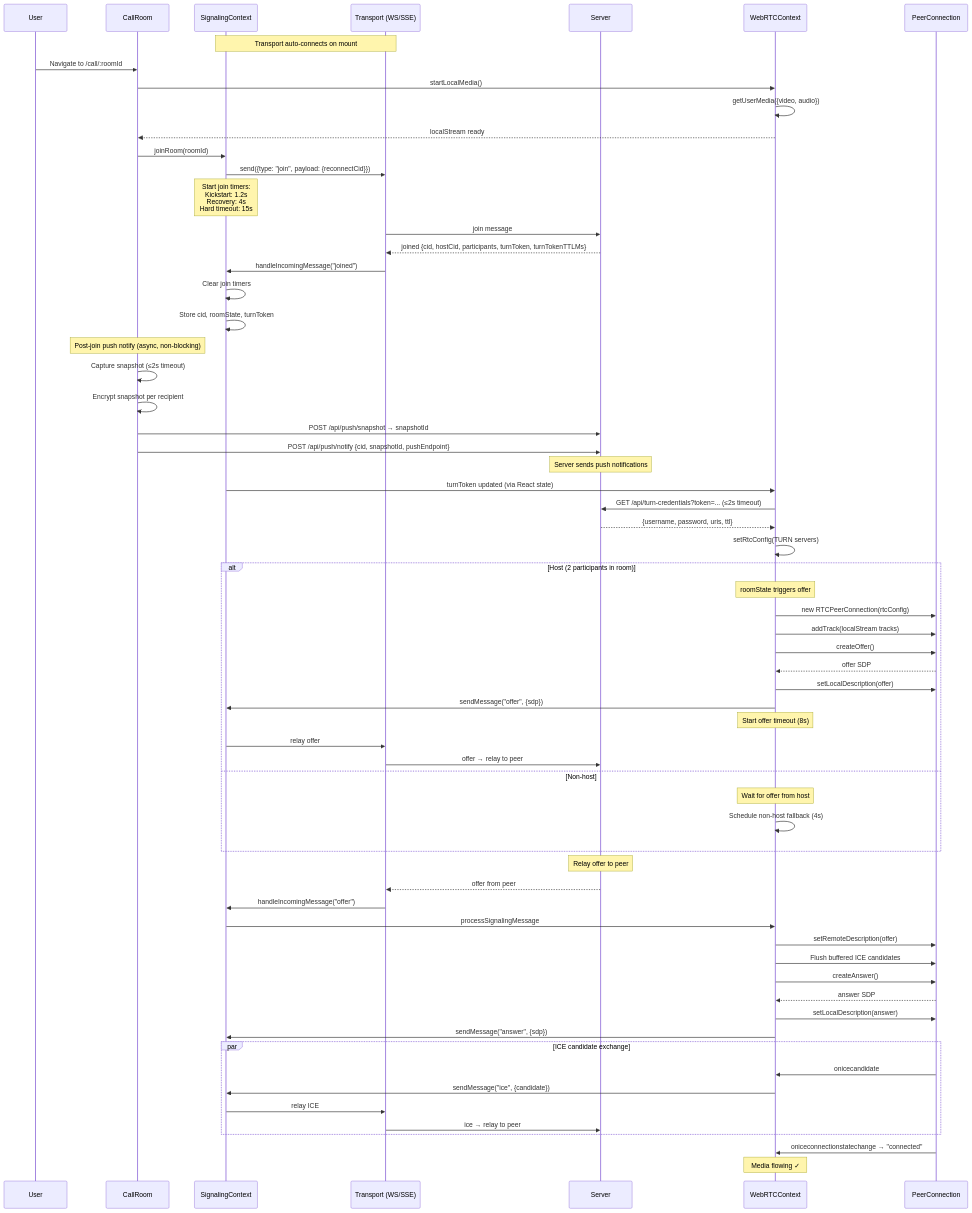
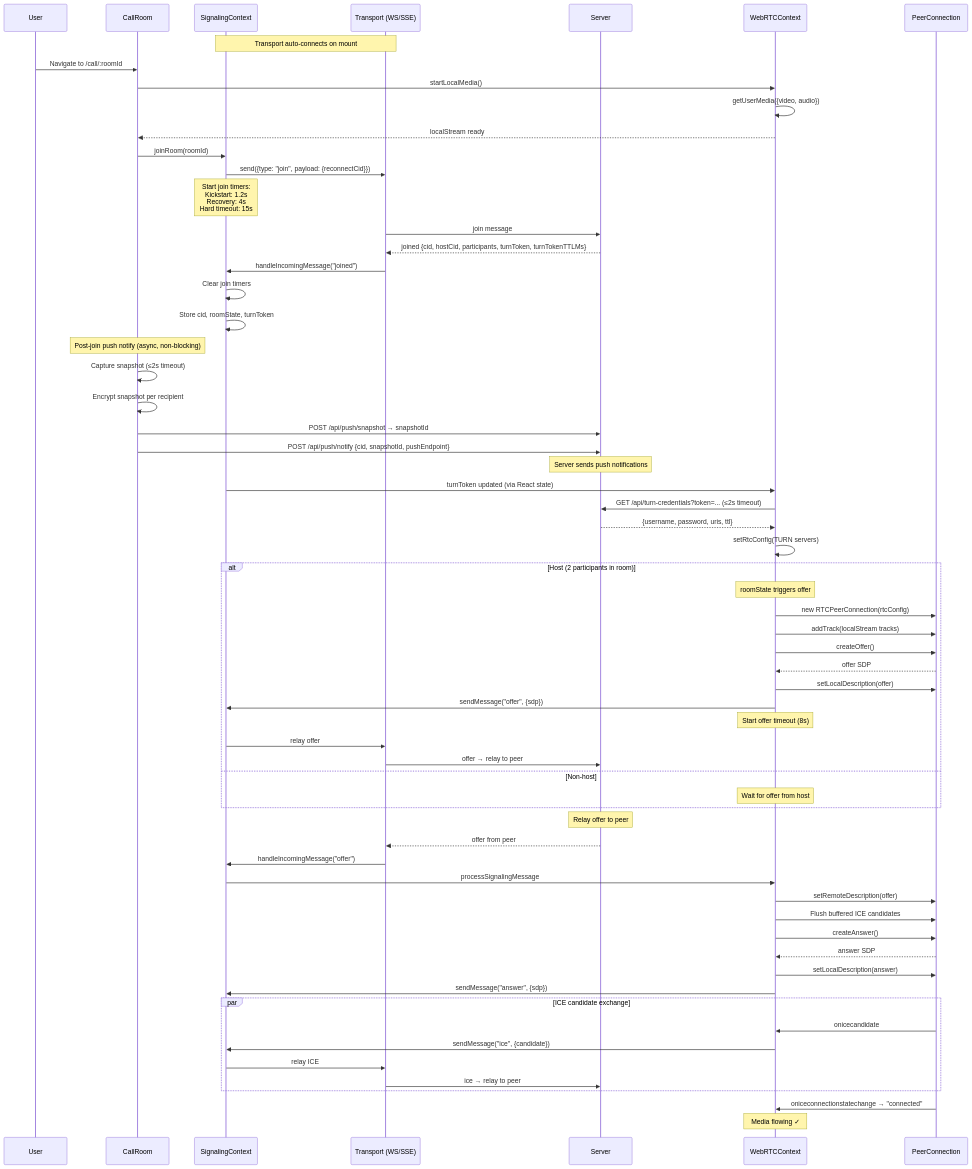
One commit to 942v-zello/serenada changed the second of 8 diagrams in docs/CALL_FLOW_DIAGRAMS.md. Above: the diagram before and after it, drawn with Mermaid. The commit also changed other lines of this file and 91 other files, not shown here.

````diff
--- a/docs/CALL_FLOW_DIAGRAMS.md
+++ b/docs/CALL_FLOW_DIAGRAMS.md
@@ -102,78 +100,77 @@
 ```mermaid
 sequenceDiagram
     participant U as User
     participant CR as CallRoom
     participant SC as SignalingContext
     participant T as Transport (WS/SSE)
     participant S as Server
     participant WC as WebRTCContext
     participant PC as PeerConnection
 
     Note over SC,T: Transport auto-connects on mount
 
     U->>CR: Navigate to /call/:roomId
     CR->>WC: startLocalMedia()
     WC->>WC: getUserMedia({video, audio})
     WC-->>CR: localStream ready
 
     CR->>SC: joinRoom(roomId)
     SC->>T: send({type: "join", payload: {reconnectCid}})
 
     Note over SC: Start join timers:<br/>Kickstart: 1.2s<br/>Recovery: 4s<br/>Hard timeout: 15s
 
     T->>S: join message
     S-->>T: joined {cid, hostCid, participants, turnToken, turnTokenTTLMs}
     T->>SC: handleIncomingMessage("joined")
     SC->>SC: Clear join timers
     SC->>SC: Store cid, roomState, turnToken
 
     Note over CR: Post-join push notify (async, non-blocking)
     CR->>CR: Capture snapshot (≤2s timeout)
     CR->>CR: Encrypt snapshot per recipient
     CR->>S: POST /api/push/snapshot → snapshotId
     CR->>S: POST /api/push/notify {cid, snapshotId, pushEndpoint}
     Note over S: Server sends push notifications
 
     SC->>WC: turnToken updated (via React state)
     WC->>S: GET /api/turn-credentials?token=... (≤2s timeout)
     S-->>WC: {username, password, uris, ttl}
     WC->>WC: setRtcConfig(TURN servers)
 
     alt Host (2 participants in room)
         Note over WC: roomState triggers offer
         WC->>PC: new RTCPeerConnection(rtcConfig)
         WC->>PC: addTrack(localStream tracks)
         WC->>PC: createOffer()
         PC-->>WC: offer SDP
         WC->>PC: setLocalDescription(offer)
         WC->>SC: sendMessage("offer", {sdp})
         Note over WC: Start offer timeout (8s)
         SC->>T: relay offer
         T->>S: offer → relay to peer
     else Non-host
         Note over WC: Wait for offer from host
-        WC->>WC: Schedule non-host fallback (4s)
     end
 
     Note over S: Relay offer to peer
 
     S-->>T: offer from peer
     T->>SC: handleIncomingMessage("offer")
     SC->>WC: processSignalingMessage
     WC->>PC: setRemoteDescription(offer)
     WC->>PC: Flush buffered ICE candidates
     WC->>PC: createAnswer()
     PC-->>WC: answer SDP
     WC->>PC: setLocalDescription(answer)
     WC->>SC: sendMessage("answer", {sdp})
 
     par ICE candidate exchange
         PC->>WC: onicecandidate
         WC->>SC: sendMessage("ice", {candidate})
         SC->>T: relay ICE
         T->>S: ice → relay to peer
     end
 
     PC->>WC: oniceconnectionstatechange → "connected"
     Note over WC: Media flowing ✓
 ```
````
